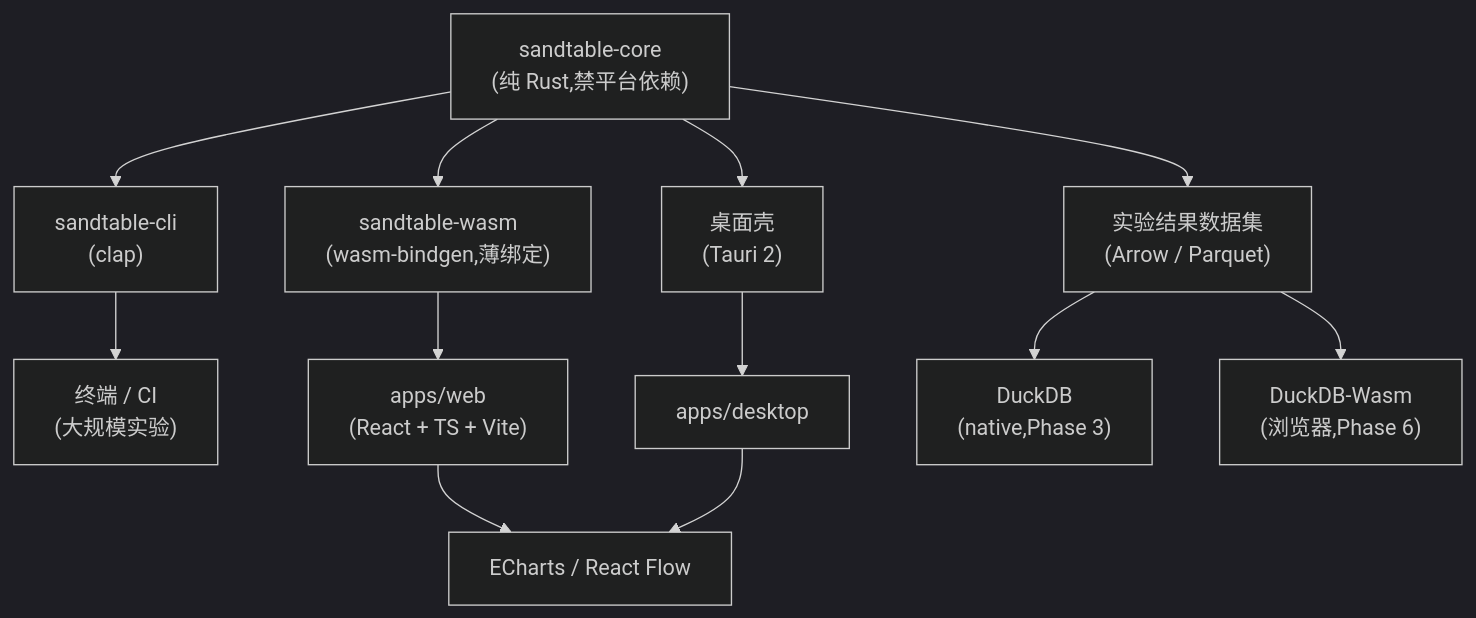
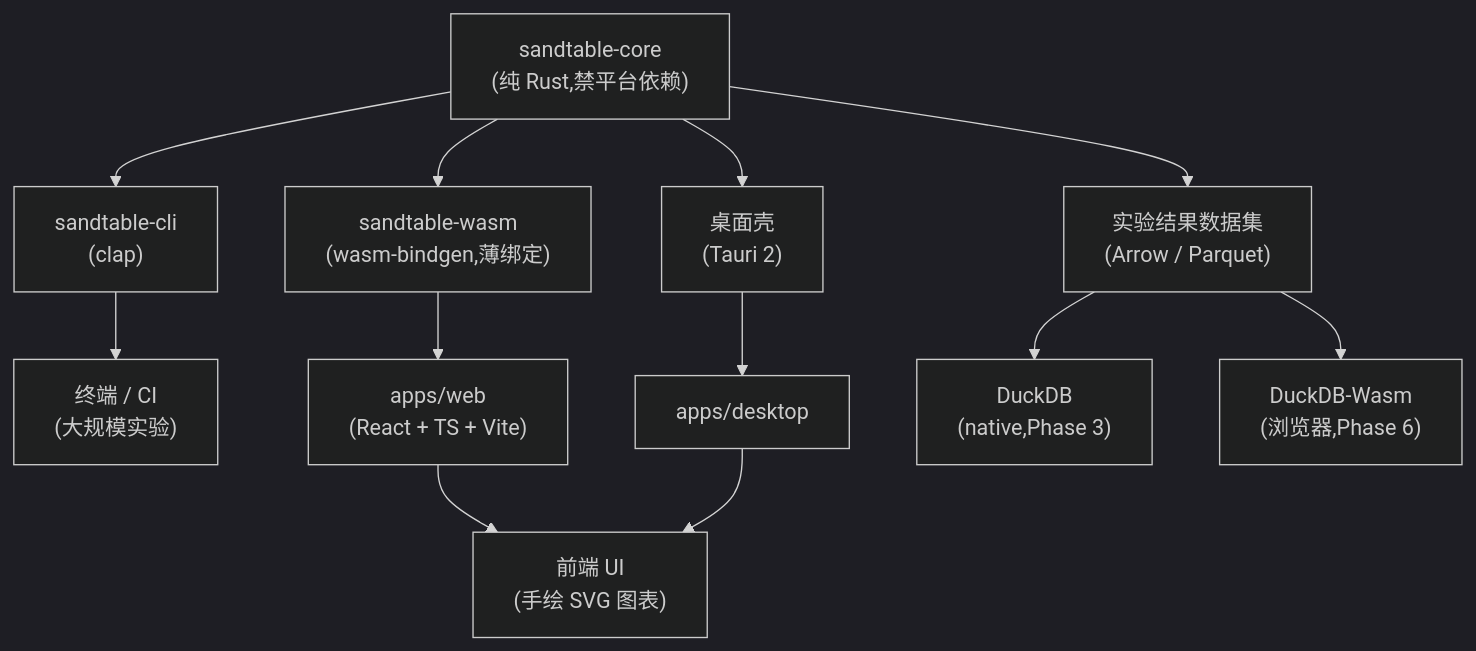
One commit to cuihairu/sandtable changed the diagram in docs/guide/08-tech-stack.md. Above: the diagram before and after it, drawn with Mermaid (dark theme). The commit also changed other lines of this file and 15 other files, not shown here.

````diff
--- a/docs/guide/08-tech-stack.md
+++ b/docs/guide/08-tech-stack.md
@@ -19,15 +19,15 @@
 ```mermaid
 flowchart TD
     CORE["sandtable-core<br>(纯 Rust,禁平台依赖)"]
     CORE --> CLI["sandtable-cli<br>(clap)"]
     CORE --> WASM["sandtable-wasm<br>(wasm-bindgen,薄绑定)"]
     CLI --> T1["终端 / CI<br>(大规模实验)"]
     WASM --> WEB["apps/web<br>(React + TS + Vite)"]
     CORE --> TAURI["桌面壳<br>(Tauri 2)"]
     TAURI --> APP["apps/desktop"]
-    WEB --> VIZ["ECharts / React Flow"]
+    WEB --> VIZ["前端 UI<br>(手绘 SVG 图表)"]
     APP --> VIZ
     CORE --> RES["实验结果数据集<br>(Arrow / Parquet)"]
     RES --> DDB["DuckDB<br>(native,Phase 3)"]
     RES --> DDBW["DuckDB-Wasm<br>(浏览器,Phase 6)"]
 ```
````
